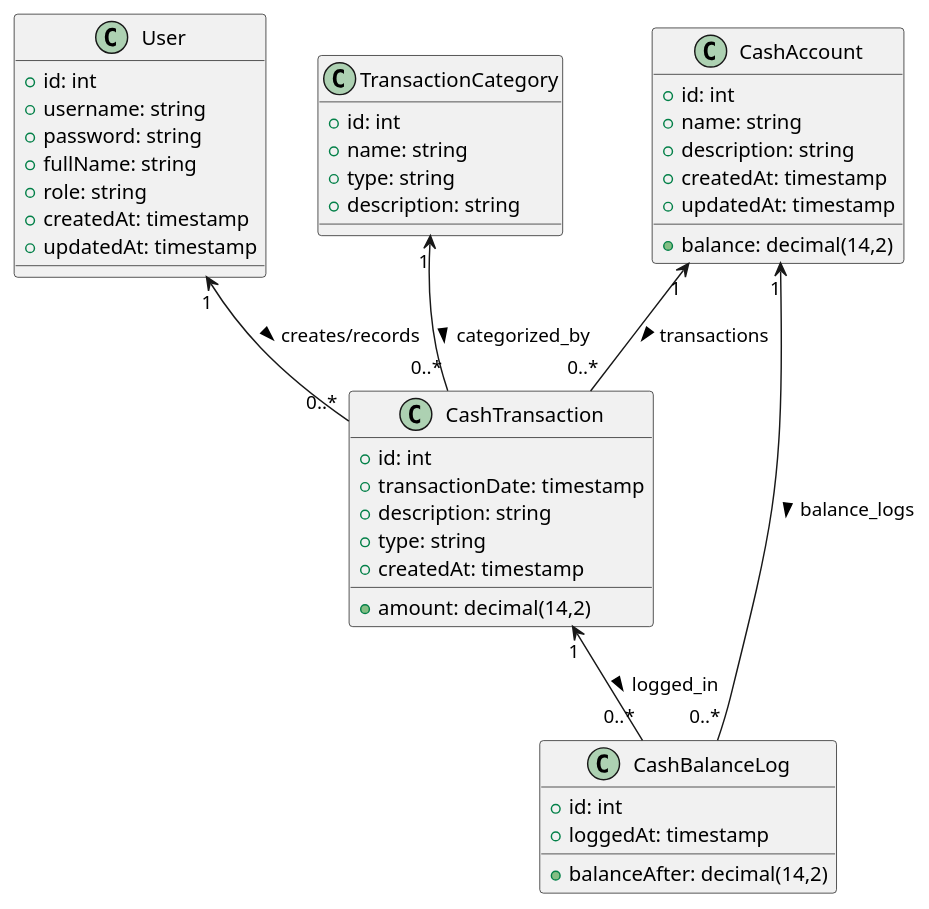
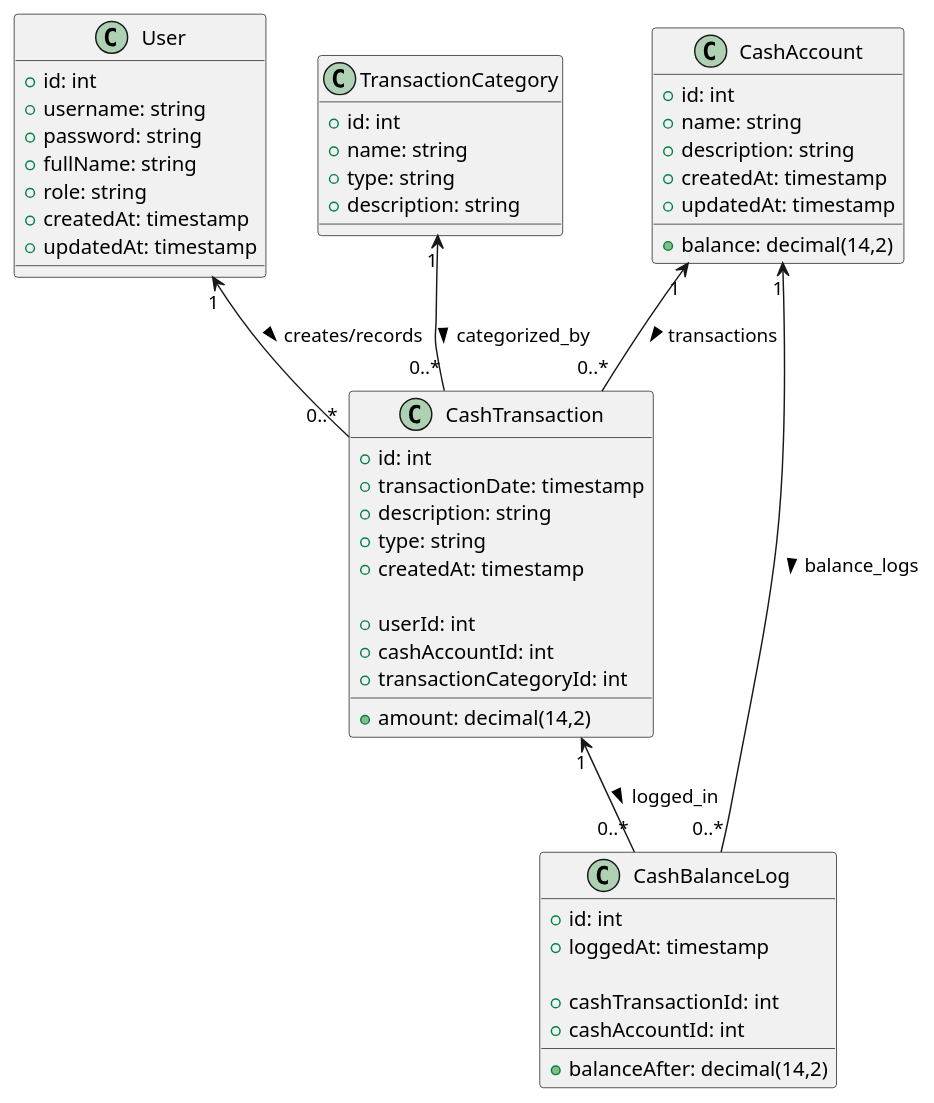
One commit to ren-zi-fa/kasku changed the diagram in diagram/db.puml. Above: the diagram before and after it, drawn with PlantUML. The commit also changed 12 other files, not shown here.

```diff
--- a/diagram/db.puml
+++ b/diagram/db.puml
@@ -1,56 +1,65 @@
 @startuml
+
 ' Definisi class User
 class User {
   +id: int
   +username: string
   +password: string
   +fullName: string
   +role: string
   +createdAt: timestamp
   +updatedAt: timestamp
 }
 
 ' Definisi class CashAccount
 class CashAccount {
   +id: int
   +name: string
   +description: string
   +balance: decimal(14,2)
   +createdAt: timestamp
   +updatedAt: timestamp
 }
 
 ' Definisi class TransactionCategory
 class TransactionCategory {
   +id: int
   +name: string
   +type: string
   +description: string
 }
 
 ' Definisi class CashTransaction
 class CashTransaction {
   +id: int
   +transactionDate: timestamp
   +amount: decimal(14,2)
   +description: string
   +type: string
   +createdAt: timestamp
+
+  ' Foreign keys
+  +userId: int
+  +cashAccountId: int
+  +transactionCategoryId: int
 }
 
 ' Definisi class CashBalanceLog
 class CashBalanceLog {
   +id: int
   +balanceAfter: decimal(14,2)
   +loggedAt: timestamp
+
+  ' Foreign keys
+  +cashTransactionId: int
+  +cashAccountId: int
 }
 
 ' Relasi antar class
-
 User "1" <-- "0..*" CashTransaction : creates/records >
 CashAccount "1" <-- "0..*" CashTransaction : transactions >
-CashAccount "1" <-- "0..*" CashBalanceLog : balance_logs >
 TransactionCategory "1" <-- "0..*" CashTransaction : categorized_by >
 CashTransaction "1" <-- "0..*" CashBalanceLog : logged_in >
+CashAccount "1" <-- "0..*" CashBalanceLog : balance_logs >
 
 @enduml
```
